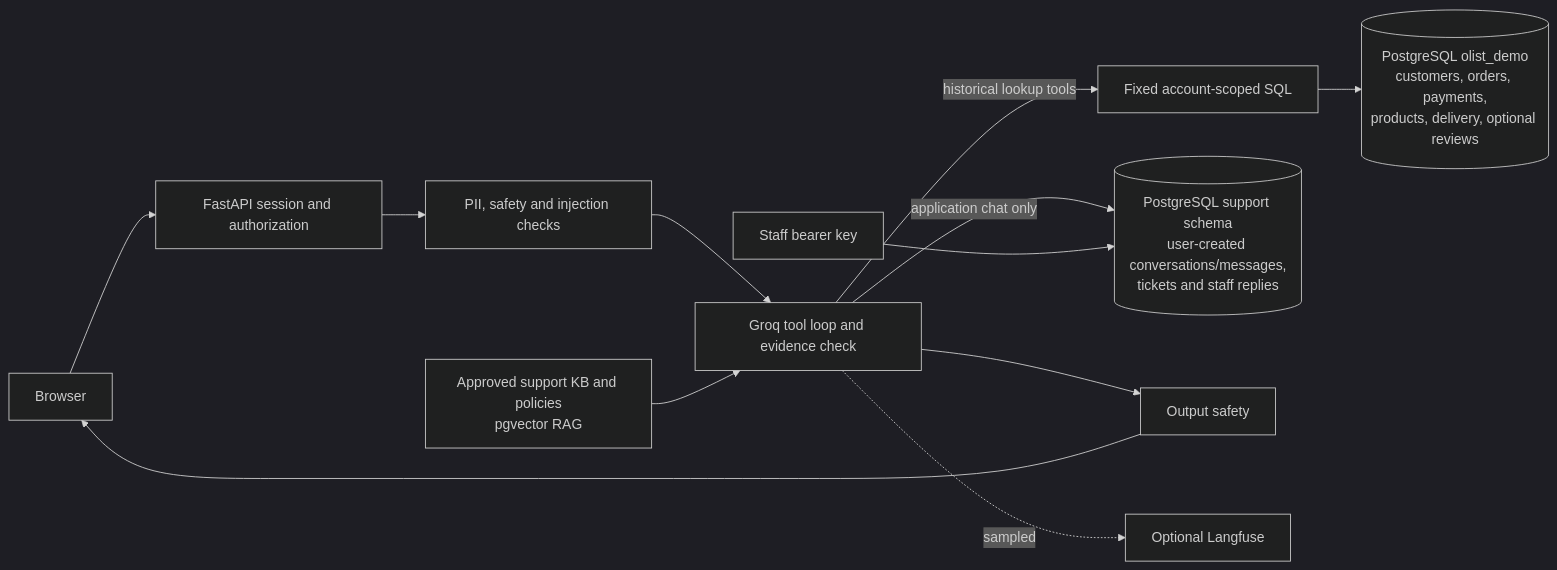
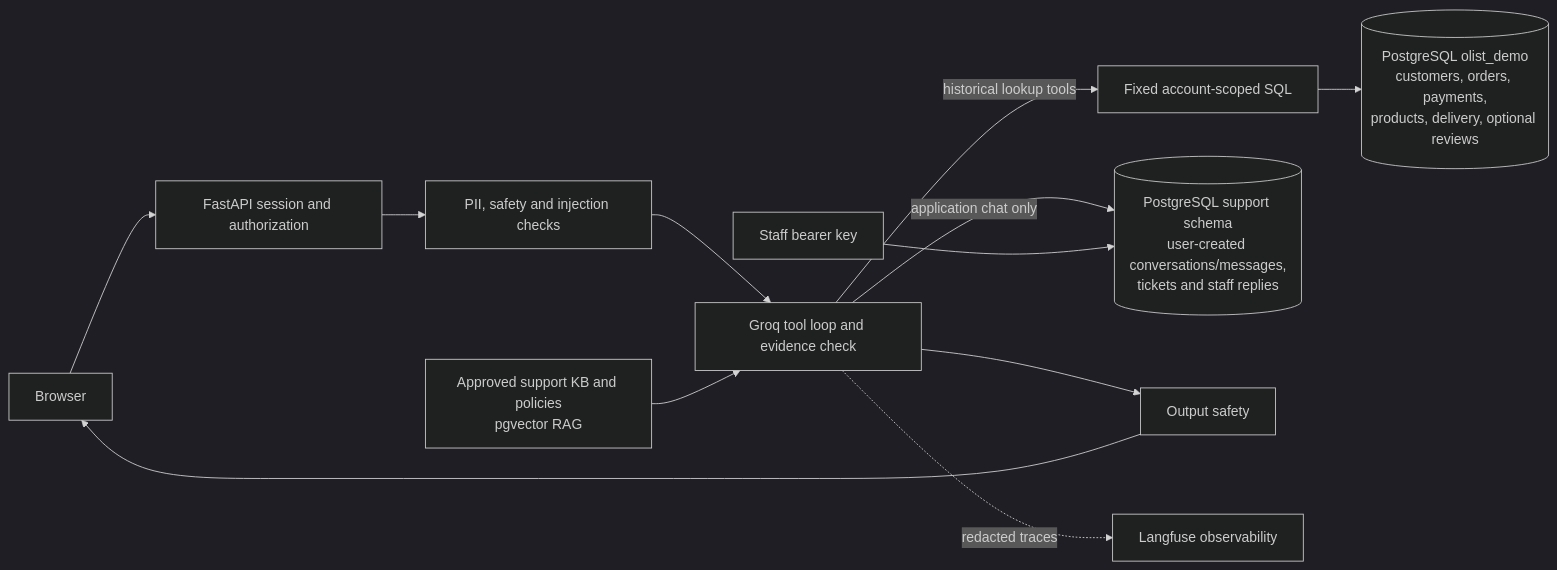
The diagram in README.md (Bibek1008/Customer-Support-Agent), drawn with Mermaid (dark theme) before and after one commit. The commit also changed other lines of this file and 6 other files, not shown here.

````diff
--- a/README.md
+++ b/README.md
@@ -55,14 +55,14 @@
 ```mermaid
 flowchart LR
   B[Browser] --> A[FastAPI session and authorization]
   A --> P[PII, safety and injection checks]
   P --> G[Groq tool loop and evidence check]
   K[Approved support KB and policies<br/>pgvector RAG] --> G
   G -->|historical lookup tools| Q[Fixed account-scoped SQL]
   Q --> ODB[(PostgreSQL olist_demo<br/>customers, orders, payments,<br/>products, delivery, optional reviews)]
   G -->|application chat only| CDB[(PostgreSQL support schema<br/>user-created conversations/messages,<br/>tickets and staff replies)]
   G --> O[Output safety]
   O --> B
-  G -. sampled .-> LF[Optional Langfuse]
+  G -. redacted traces .-> LF[Langfuse observability]
   Staff[Staff bearer key] --> CDB
 ```
````
